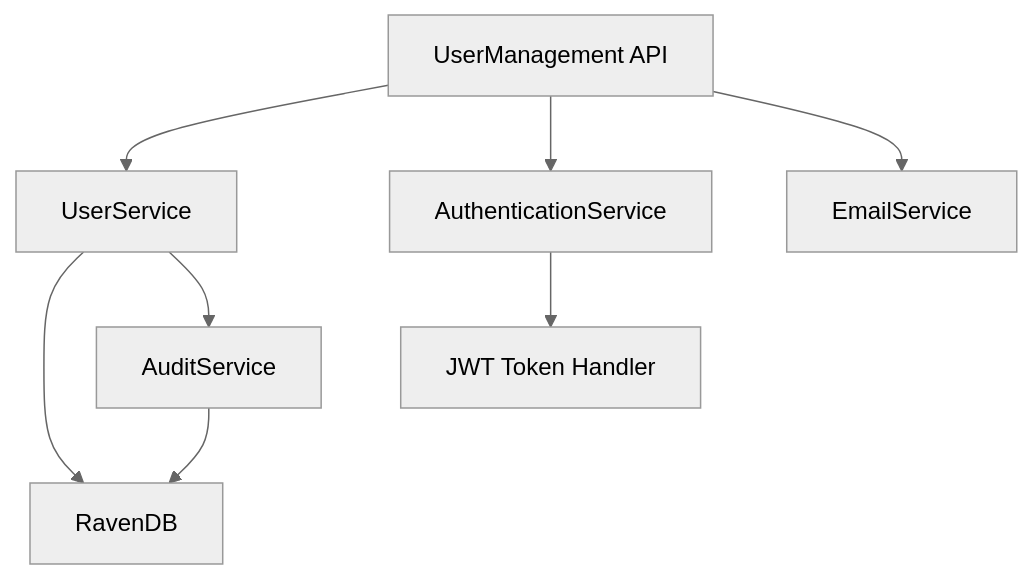
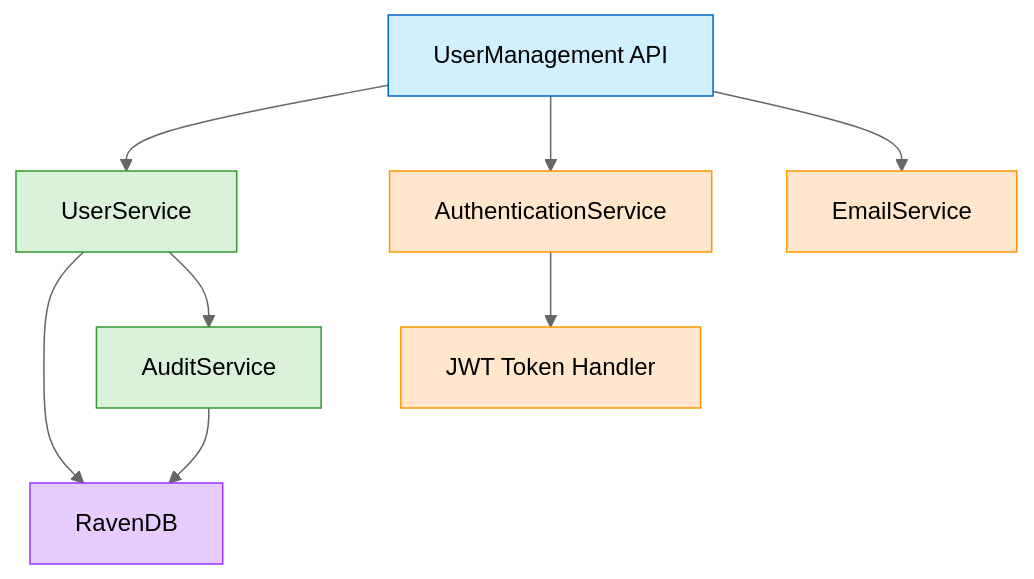
Before and after one commit to fares1919-ltrch/Backend-stage: the second of 4 diagrams in Documentation/UserManagement.md, drawn with Mermaid (neutral theme). The commit also changed other lines of this file and 9 other files, not shown here.

````diff
--- a/Documentation/UserManagement.md
+++ b/Documentation/UserManagement.md
@@ -9,10 +88,18 @@
 ```mermaid
 graph TD
     A[UserManagement API] --> B[UserService]
     B --> C[RavenDB]
     A --> D[AuthenticationService]
     A --> E[EmailService]
     B --> F[AuditService]
     F --> C
     D --> G[JWT Token Handler]
+
+    style A fill:#d1f0ff,stroke:#0066cc
+    style B fill:#d9f2d9,stroke:#339933
+    style C fill:#e6ccff,stroke:#9933ff
+    style D fill:#ffe6cc,stroke:#ff9900
+    style E fill:#ffe6cc,stroke:#ff9900
+    style F fill:#d9f2d9,stroke:#339933
+    style G fill:#ffe6cc,stroke:#ff9900
 ```
````
